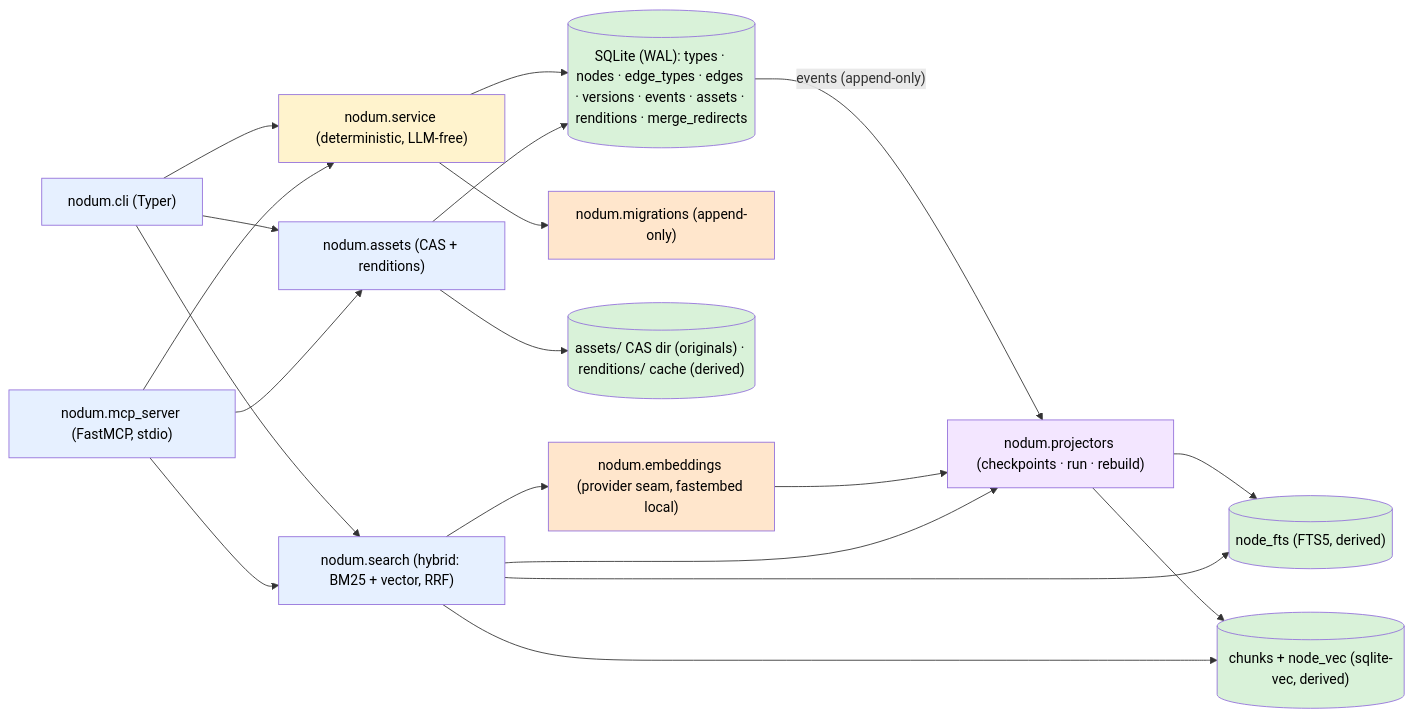
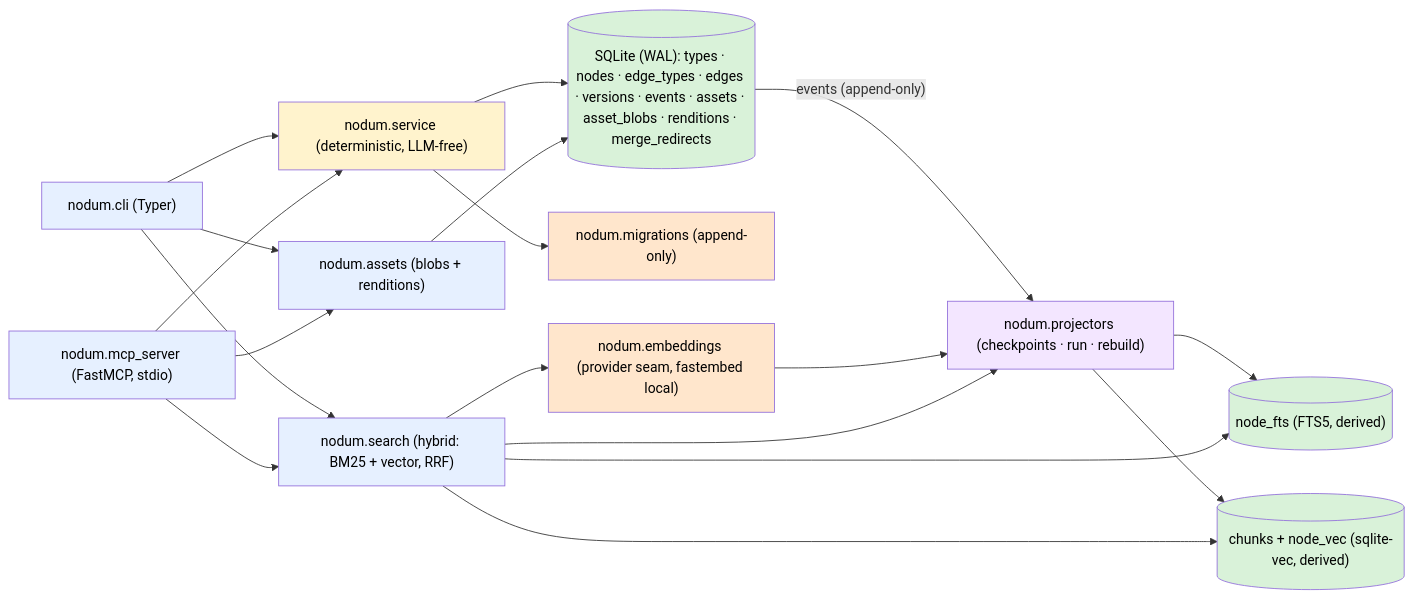
The diagram in docs/architecture.md (vcoeur/nodum), drawn with Mermaid before and after one commit. The commit also changed other lines of this file and 9 other files, not shown here.

````diff
--- a/docs/architecture.md
+++ b/docs/architecture.md
@@ -9,33 +9,31 @@
 ```mermaid
 flowchart LR
     cli["nodum.cli (Typer)"] --> svc["nodum.service (deterministic, LLM-free)"]
     mcp["nodum.mcp_server (FastMCP, stdio)"] --> svc
     cli --> qry["nodum.search (hybrid: BM25 + vector, RRF)"]
     mcp --> qry
-    cli --> ast["nodum.assets (CAS + renditions)"]
+    cli --> ast["nodum.assets (blobs + renditions)"]
     mcp --> ast
-    svc --> db[("SQLite (WAL): types · nodes · edge_types · edges · versions · events · assets · renditions · merge_redirects")]
+    svc --> db[("SQLite (WAL): types · nodes · edge_types · edges · versions · events · assets · asset_blobs · renditions · merge_redirects")]
     svc --> mig["nodum.migrations (append-only)"]
     ast --> db
-    ast --> cas[("assets/ CAS dir (originals) · renditions/ cache (derived)")]
     db -- "events (append-only)" --> prj["nodum.projectors (checkpoints · run · rebuild)"]
     prj --> fts[("node_fts (FTS5, derived)")]
     prj --> vec[("chunks + node_vec (sqlite-vec, derived)")]
     emb["nodum.embeddings (provider seam, fastembed local)"] --> prj
     qry --> fts
     qry --> vec
     qry --> emb
     qry --> prj
     style cli fill:#e6f0ff,color:#000
     style mcp fill:#e6f0ff,color:#000
     style svc fill:#fff3cd,color:#000
     style db fill:#d9f2d9,color:#000
     style mig fill:#ffe6cc,color:#000
     style prj fill:#f3e6ff,color:#000
     style fts fill:#d9f2d9,color:#000
     style vec fill:#d9f2d9,color:#000
     style emb fill:#ffe6cc,color:#000
     style qry fill:#e6f0ff,color:#000
     style ast fill:#e6f0ff,color:#000
-    style cas fill:#d9f2d9,color:#000
 ```
````
